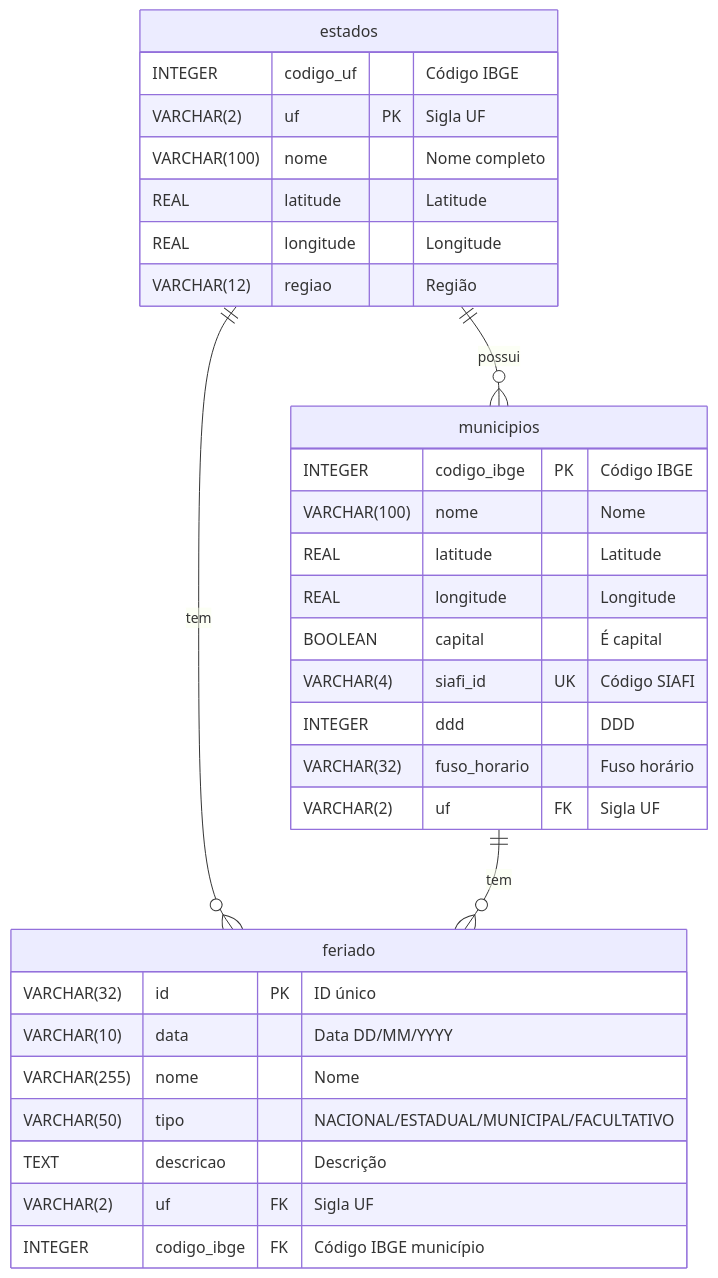
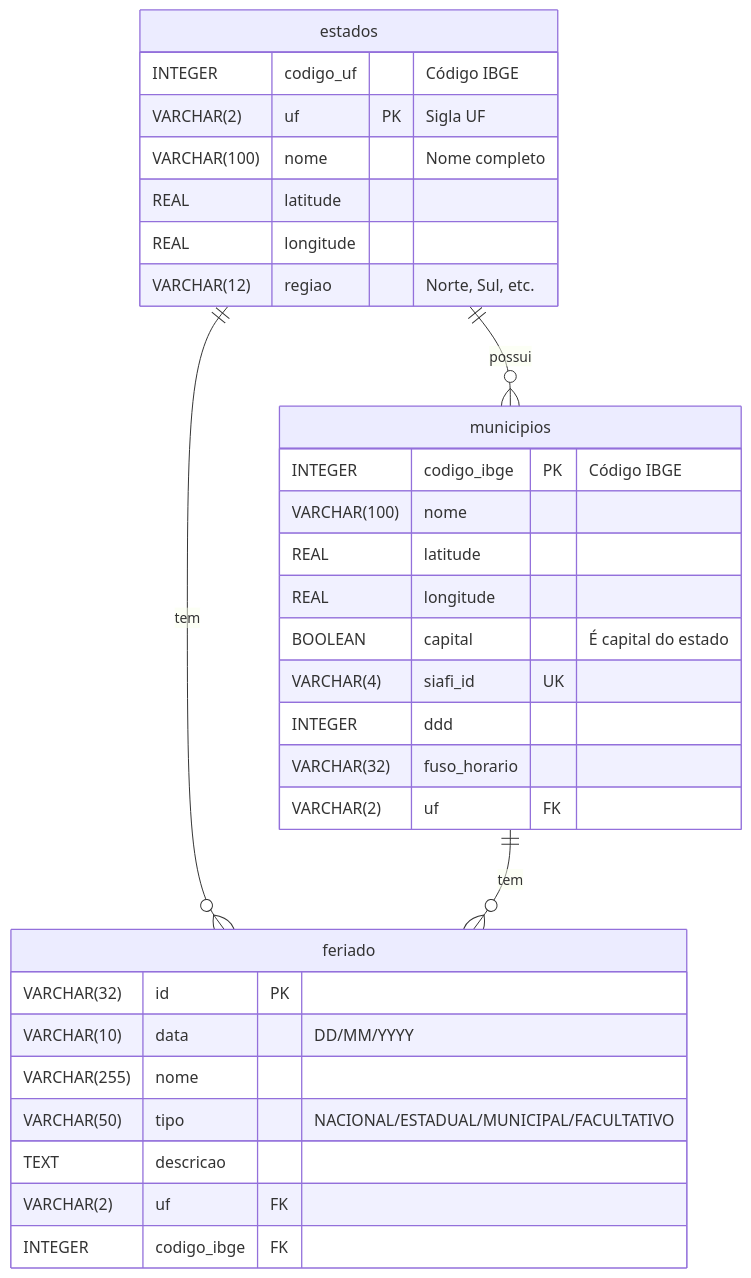
The diagram in README.md (joaopbini/feriados-brasil), drawn with Mermaid before and after one commit. The commit also changed other lines of this file, not shown here.

Commit message:
feat: Add Feriados API MCP section for AI agents and improve data structure and usage documentation clarity.

````diff
--- a/README.md
+++ b/README.md
@@ -25,37 +44,37 @@
 ```mermaid
 erDiagram
     estados ||--o{ municipios : "possui"
     estados ||--o{ feriado : "tem"
     municipios ||--o{ feriado : "tem"
-    
+
     estados {
         INTEGER codigo_uf "Código IBGE"
         VARCHAR(2) uf PK "Sigla UF"
         VARCHAR(100) nome "Nome completo"
-        REAL latitude "Latitude"
-        REAL longitude "Longitude"
-        VARCHAR(12) regiao "Região"
+        REAL latitude
+        REAL longitude
+        VARCHAR(12) regiao "Norte, Sul, etc."
     }
-    
+
     municipios {
         INTEGER codigo_ibge PK "Código IBGE"
-        VARCHAR(100) nome "Nome"
-        REAL latitude "Latitude"
-        REAL longitude "Longitude"
-        BOOLEAN capital "É capital"
-        VARCHAR(4) siafi_id UK "Código SIAFI"
-        INTEGER ddd "DDD"
-        VARCHAR(32) fuso_horario "Fuso horário"
-        VARCHAR(2) uf FK "Sigla UF"
+        VARCHAR(100) nome
+        REAL latitude
+        REAL longitude
+        BOOLEAN capital "É capital do estado"
+        VARCHAR(4) siafi_id UK
+        INTEGER ddd
+        VARCHAR(32) fuso_horario
+        VARCHAR(2) uf FK
     }
-    
+
     feriado {
-        VARCHAR(32) id PK "ID único"
-        VARCHAR(10) data "Data DD/MM/YYYY"
-        VARCHAR(255) nome "Nome"
+        VARCHAR(32) id PK
+        VARCHAR(10) data "DD/MM/YYYY"
+        VARCHAR(255) nome
         VARCHAR(50) tipo "NACIONAL/ESTADUAL/MUNICIPAL/FACULTATIVO"
-        TEXT descricao "Descrição"
-        VARCHAR(2) uf FK "Sigla UF"
-        INTEGER codigo_ibge FK "Código IBGE município"
+        TEXT descricao
+        VARCHAR(2) uf FK
+        INTEGER codigo_ibge FK
     }
 ```
````
